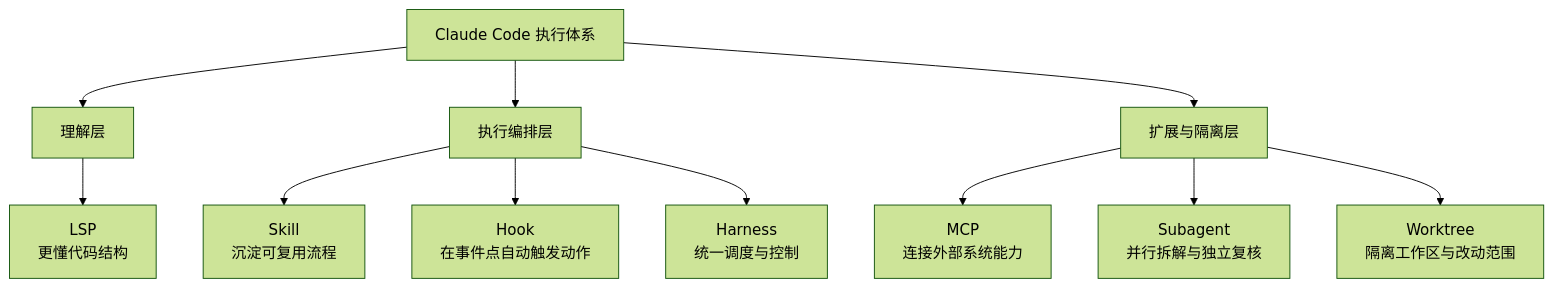
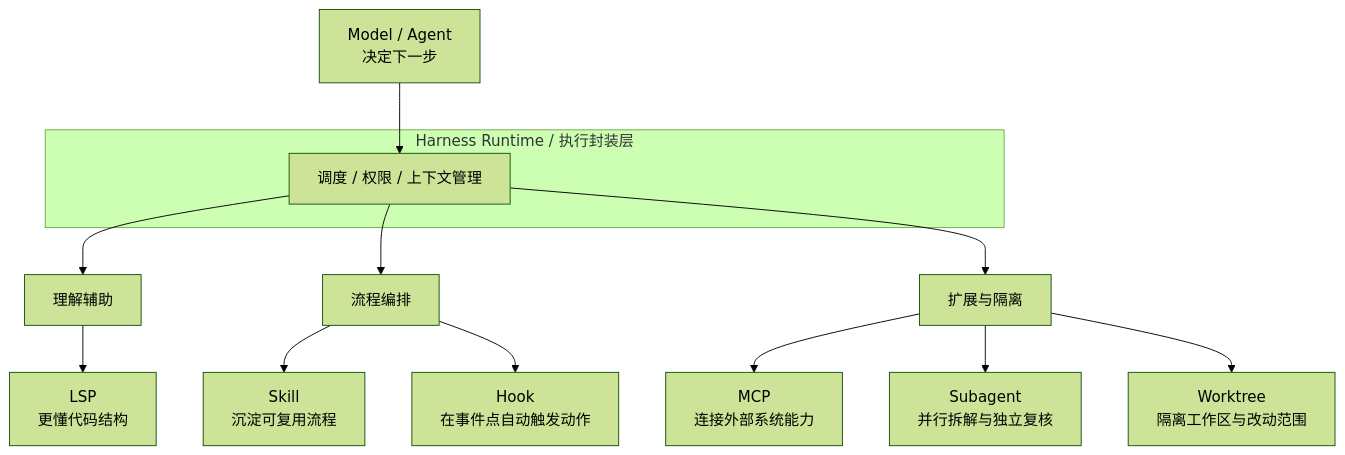
The second of 8 diagrams in sections/02-terms.md (boycecong-hue/OCTOPUS-GAME-AI-SHARE), drawn with Mermaid (forest theme) before and after one commit. The commit also changed other lines of this file, not shown here.

Commit message:
docs: fix harness execution-layer framing

````diff
--- a/sections/02-terms.md
+++ b/sections/02-terms.md
@@ -75,16 +75,19 @@
 ```mermaid
 flowchart TB
-    A["Claude Code 执行体系"] --> B["理解层"]
-    A --> C["执行编排层"]
-    A --> D["扩展与隔离层"]
+    M["Model / Agent<br/>决定下一步"] --> O
+
+    subgraph H["Harness Runtime / 执行封装层"]
+        O["调度 / 权限 / 上下文管理"]
+    end
+
+    O --> B["理解辅助"]
+    O --> C["流程编排"]
+    O --> D["扩展与隔离"]
 
     B --> B1["LSP<br/>更懂代码结构"]
-
     C --> C1["Skill<br/>沉淀可复用流程"]
     C --> C2["Hook<br/>在事件点自动触发动作"]
-    C --> C3["Harness<br/>统一调度与控制"]
-
     D --> D1["MCP<br/>连接外部系统能力"]
     D --> D2["Subagent<br/>并行拆解与独立复核"]
     D --> D3["Worktree<br/>隔离工作区与改动范围"]
 ```
````
